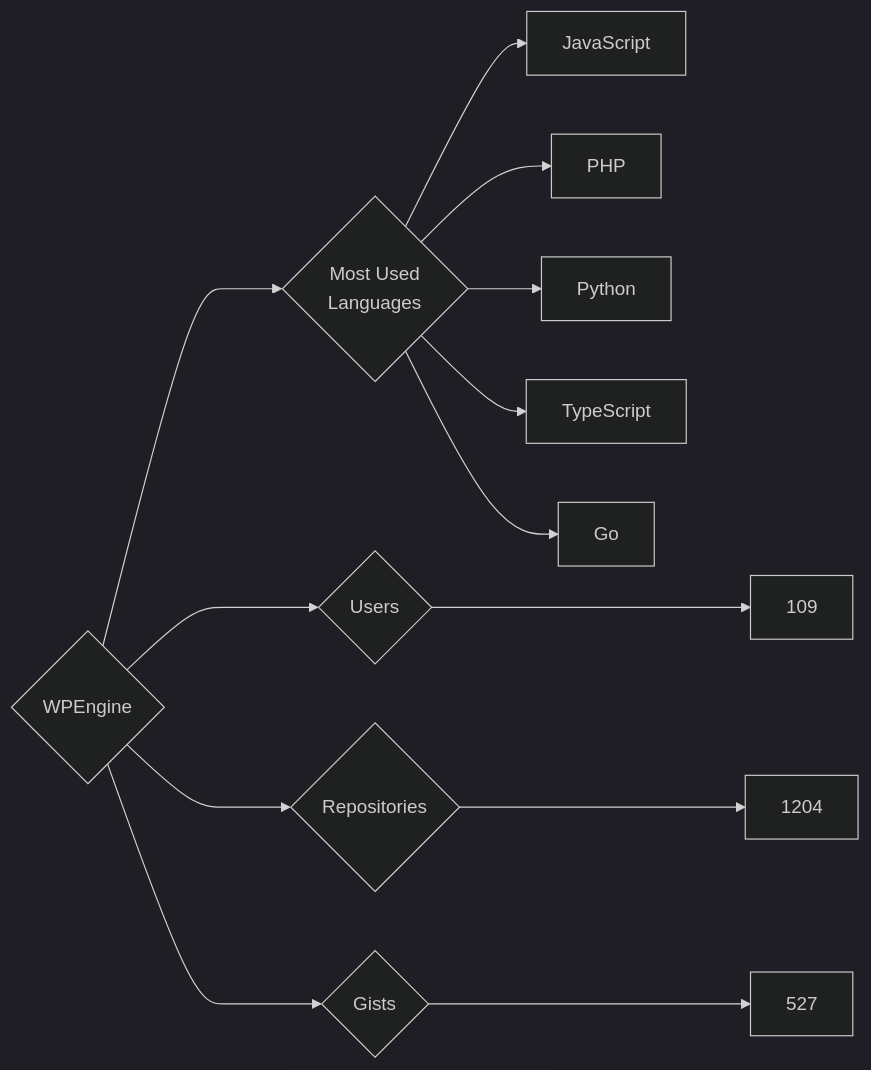
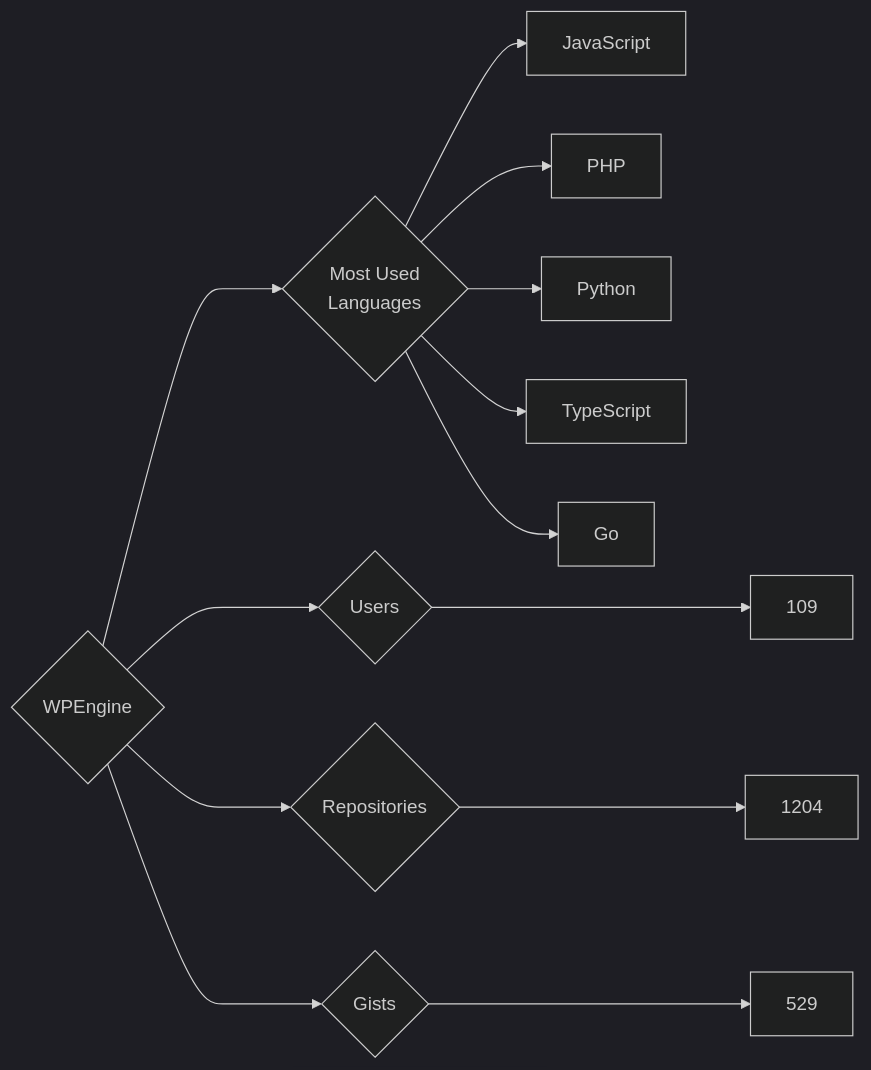
Before and after one commit to trickest/insiders: the diagram in targets/WPEngine/README.md, drawn with Mermaid (dark theme). The commit also changed 806 other files, not shown here.

````diff
--- a/targets/WPEngine/README.md
+++ b/targets/WPEngine/README.md
@@ -3,13 +3,13 @@
 ```mermaid
 graph LR
 COMPANY_NAME{WPEngine}
 COMPANY_NAME ---> U{Users} ---> UN[109]
 COMPANY_NAME ---> R{Repositories} ---> RN[1204]
-COMPANY_NAME ---> G{Gists} ---> GN[527]
+COMPANY_NAME ---> G{Gists} ---> GN[529]
 COMPANY_NAME ---> ML{Most Used<br>Languages}
 ML --> JavaScript[JavaScript]
 ML --> PHP[PHP]
 ML --> Python[Python]
 ML --> TypeScript[TypeScript]
 ML --> Go[Go]
 ```
````
